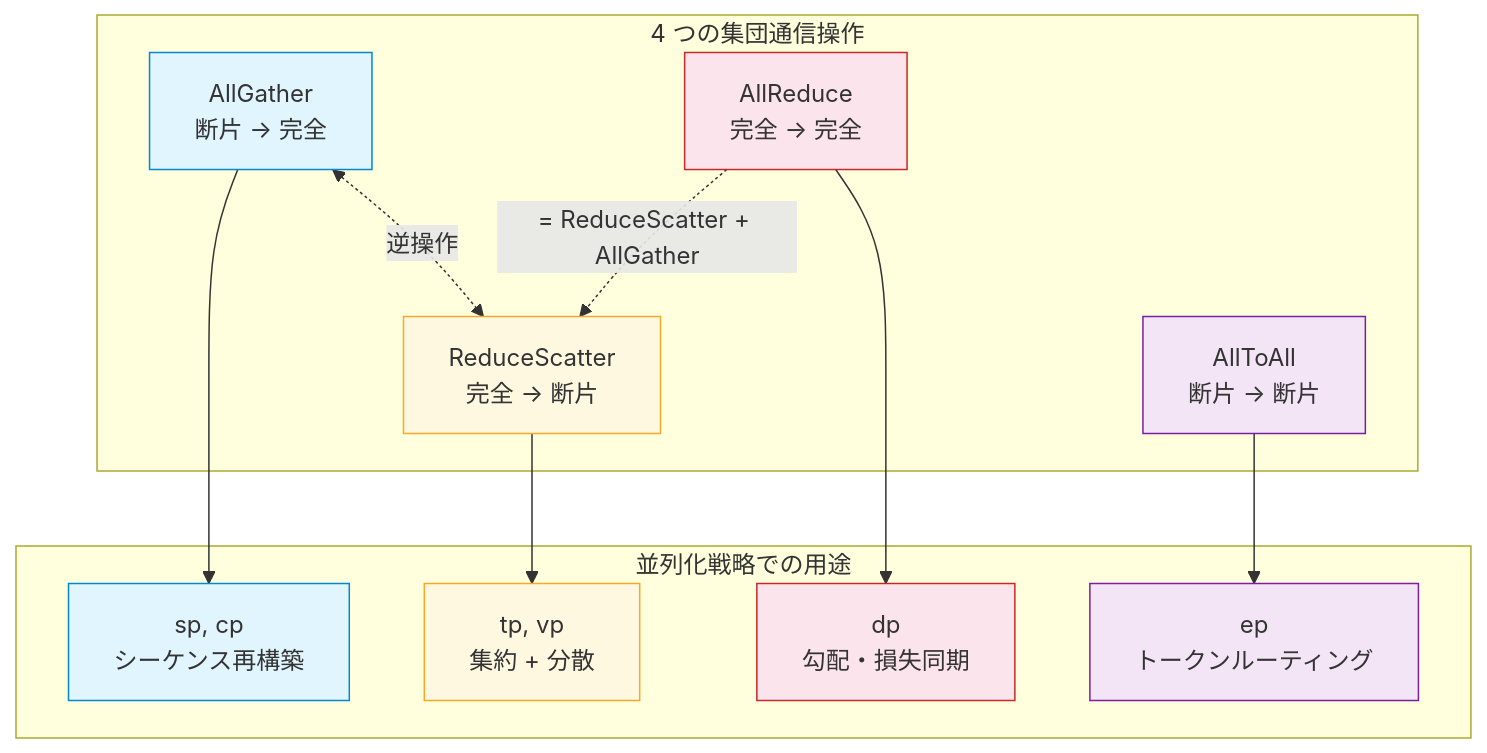
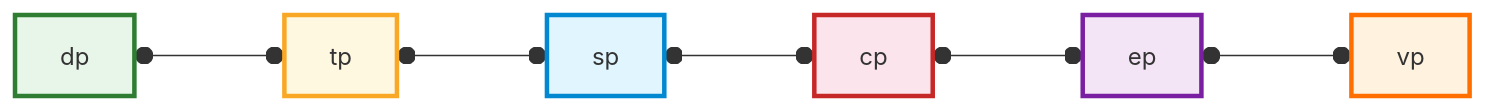
One commit to littlemex/zenn changed the second of 19 diagrams in books/ml-distributed-experiment-collection/transformer-distributed-parallelism.md. Above: the diagram before and after it, drawn with Mermaid. The commit also changed other lines of this file, not shown here.

````diff
--- a/books/ml-distributed-experiment-collection/transformer-distributed-parallelism.md
+++ b/books/ml-distributed-experiment-collection/transformer-distributed-parallelism.md
@@ -154,33 +173,15 @@
 ```mermaid
-graph TB
-    subgraph collective ["4 つの集団通信操作"]
-        AG["AllGather<br/>断片 → 完全"]
-        RS["ReduceScatter<br/>完全 → 断片"]
-        AR["AllReduce<br/>完全 → 完全"]
-        A2A["AllToAll<br/>断片 → 断片"]
-    end
+graph LR
+    dp["dp"] o---o tp["tp"]
+    tp o---o sp["sp"]
+    sp o---o cp["cp"]
+    cp o---o ep["ep"]
+    ep o---o vp["vp"]
 
-    AG <-.->|"逆操作"| RS
-    AR -.->|"= ReduceScatter + AllGather"| RS
-
-    subgraph usage ["並列化戦略での用途"]
-        AGUSE["sp, cp<br/>シーケンス再構築"]
-        RSUSE["tp, vp<br/>集約 + 分散"]
-        ARUSE["dp<br/>勾配・損失同期"]
-        A2AUSE["ep<br/>トークンルーティング"]
-    end
-
-    AG --> AGUSE
-    RS --> RSUSE
-    AR --> ARUSE
-    A2A --> A2AUSE
-
-    style AG fill: #e1f5fe,stroke: #0288d1
-    style RS fill: #fff8e1,stroke: #f9a825
-    style AR fill: #fce4ec,stroke: #c62828
-    style A2A fill: #f3e5f5,stroke: #7b1fa2
-    style AGUSE fill: #e1f5fe,stroke: #0288d1
-    style RSUSE fill: #fff8e1,stroke: #f9a825
-    style ARUSE fill: #fce4ec,stroke: #c62828
-    style A2AUSE fill: #f3e5f5,stroke: #7b1fa2
+    style dp fill: #e8f5e9,stroke: #2e7d32,stroke-width:3px
+    style tp fill: #fff8e1,stroke: #f9a825,stroke-width:3px
+    style sp fill: #e1f5fe,stroke: #0288d1,stroke-width:3px
+    style cp fill: #fce4ec,stroke: #c62828,stroke-width:3px
+    style ep fill: #f3e5f5,stroke: #7b1fa2,stroke-width:3px
+    style vp fill: #fff3e0,stroke: #ff6f00,stroke-width:3px
 ```
````
